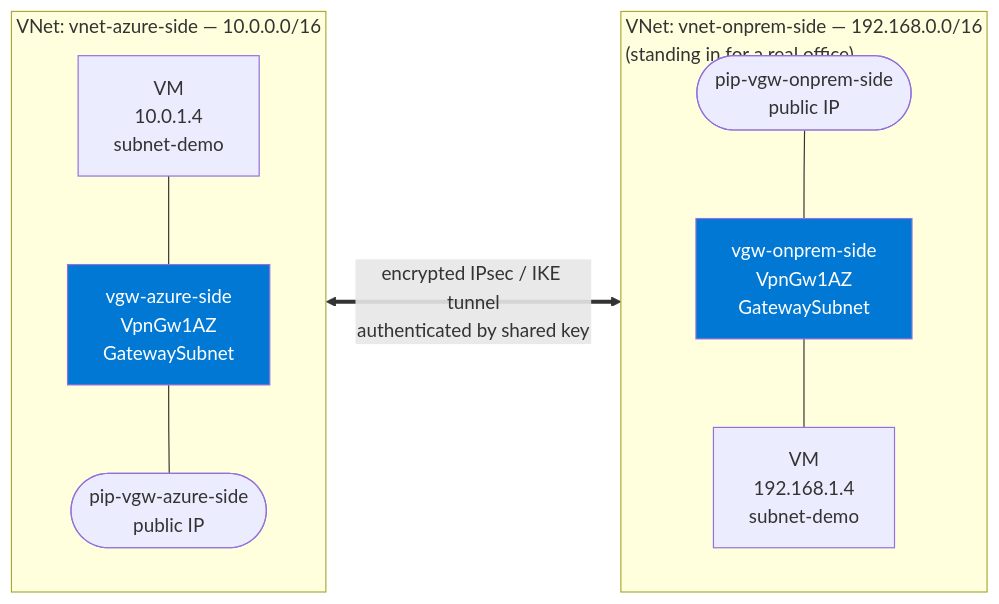
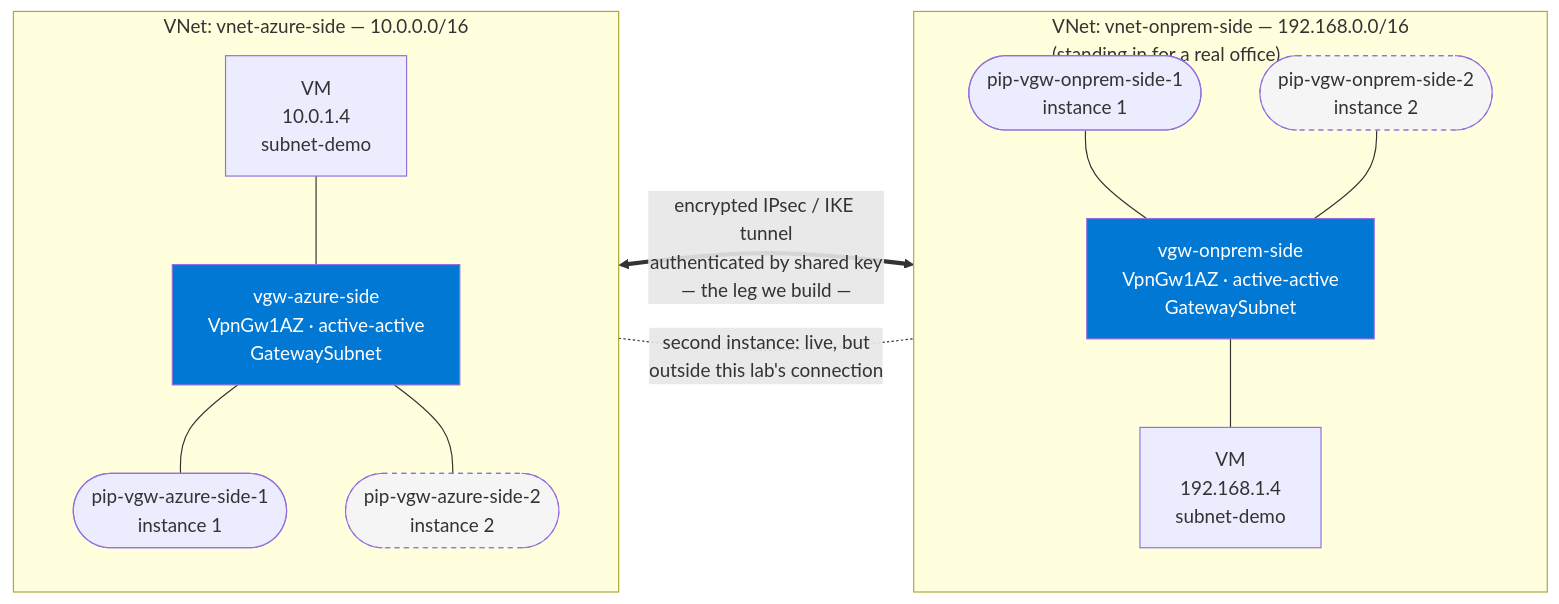
The second of 7 diagrams in docs/day15_vpn_expressroute.md (Iam-mithran/LWM-Azure), drawn with Mermaid before and after one commit. The commit also changed other lines of this file, not shown here.

First line of the commit message:
Update Day 15 Site-to-Site lab for active-active VPN Gateway

````diff
--- a/docs/day15_vpn_expressroute.md
+++ b/docs/day15_vpn_expressroute.md
@@ -135,23 +135,32 @@
 ```mermaid
 flowchart LR
     subgraph LEFT["VNet: vnet-azure-side — 10.0.0.0/16"]
         direction TB
         LVM["VM<br/>10.0.1.4<br/>subnet-demo"]
-        LGW["vgw-azure-side<br/>VpnGw1AZ<br/>GatewaySubnet"]
-        LPIP(["pip-vgw-azure-side<br/>public IP"])
-        LVM --- LGW --- LPIP
+        LGW["vgw-azure-side<br/>VpnGw1AZ · active-active<br/>GatewaySubnet"]
+        LPIP1(["pip-vgw-azure-side-1<br/>instance 1"])
+        LPIP2(["pip-vgw-azure-side-2<br/>instance 2"])
+        LVM --- LGW
+        LGW --- LPIP1
+        LGW --- LPIP2
     end
 
     subgraph RIGHT["VNet: vnet-onprem-side — 192.168.0.0/16<br/>(standing in for a real office)"]
         direction TB
-        RPIP(["pip-vgw-onprem-side<br/>public IP"])
-        RGW["vgw-onprem-side<br/>VpnGw1AZ<br/>GatewaySubnet"]
+        RPIP1(["pip-vgw-onprem-side-1<br/>instance 1"])
+        RPIP2(["pip-vgw-onprem-side-2<br/>instance 2"])
+        RGW["vgw-onprem-side<br/>VpnGw1AZ · active-active<br/>GatewaySubnet"]
         RVM["VM<br/>192.168.1.4<br/>subnet-demo"]
-        RPIP --- RGW --- RVM
+        RPIP1 --- RGW
+        RPIP2 --- RGW
+        RGW --- RVM
     end
 
-    LPIP <==>|"encrypted IPsec / IKE tunnel<br/>authenticated by shared key"| RPIP
+    LPIP1 <==>|"encrypted IPsec / IKE tunnel<br/>authenticated by shared key<br/>— the leg we build —"| RPIP1
+    LPIP2 -.-|"second instance: live, but<br/>outside this lab's connection"| RPIP2
 
     style LGW fill:#0078d4,color:#fff
     style RGW fill:#0078d4,color:#fff
+    style LPIP2 fill:#f5f5f5,stroke-dasharray: 4 4
+    style RPIP2 fill:#f5f5f5,stroke-dasharray: 4 4
 ```
````
